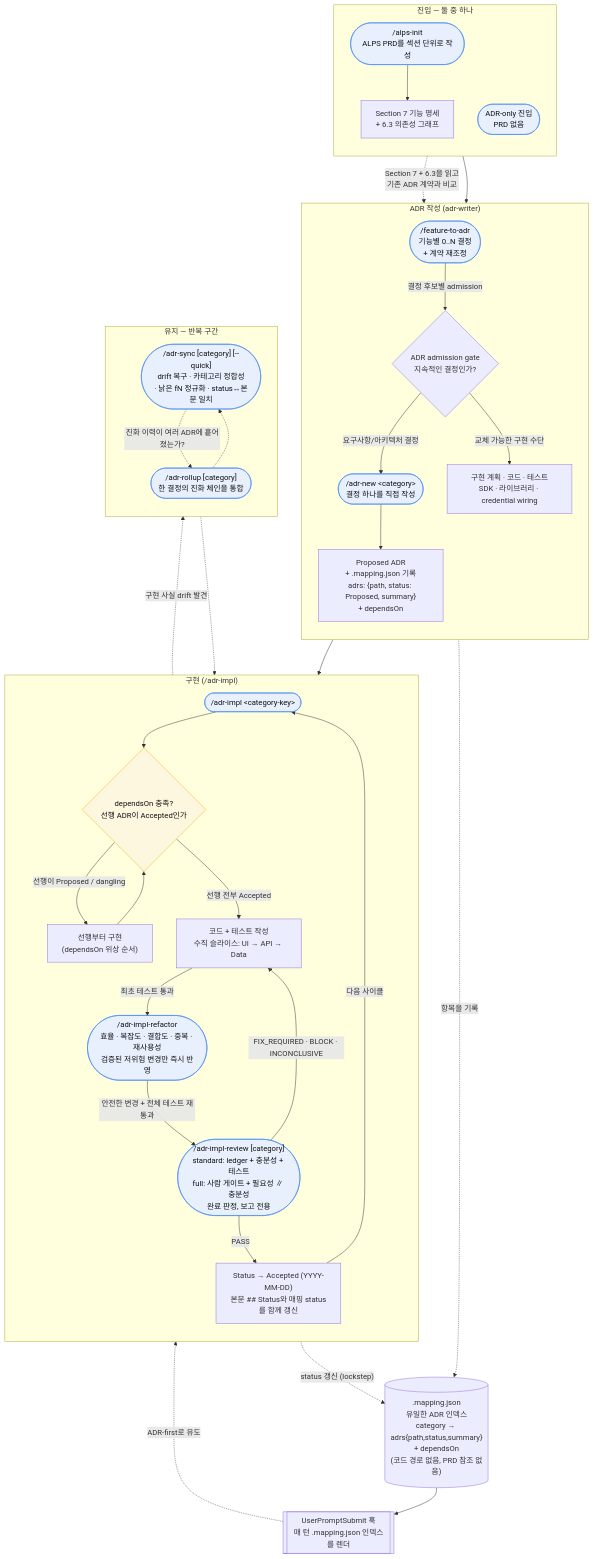
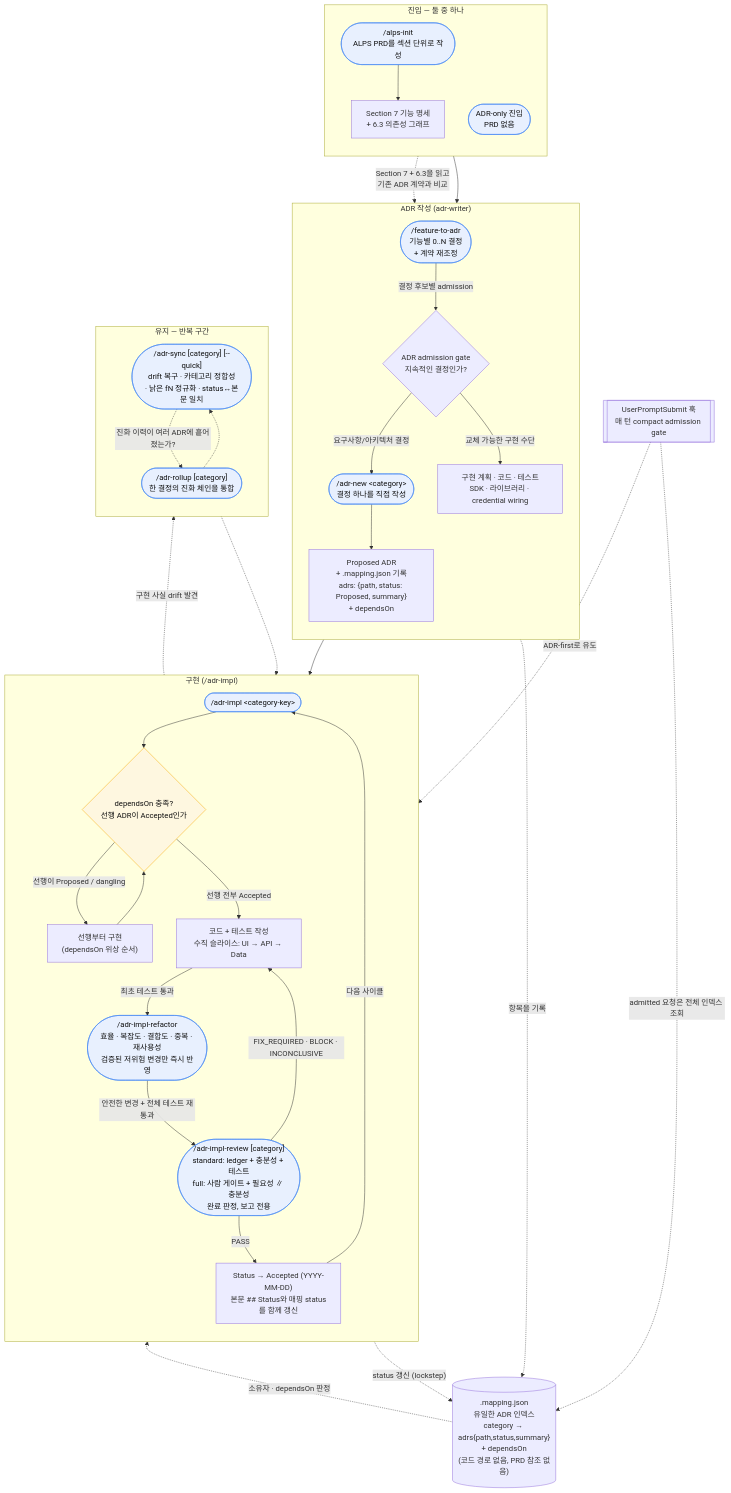
Before and after one commit to haandol/alps-writer-mcp: the first of 8 diagrams in docs/adr-process.md, drawn with Mermaid. The commit also changed other lines of this file and 23 other files, not shown here.

````diff
--- a/docs/adr-process.md
+++ b/docs/adr-process.md
@@ -29,70 +29,71 @@
 ```mermaid
 flowchart TD
     subgraph entry["진입 — 둘 중 하나"]
         direction TB
         AlpsInit(["/alps-init<br/>ALPS PRD를 섹션 단위로 작성"])
         S7["Section 7 기능 명세<br/>+ 6.3 의존성 그래프"]
         AlpsInit --> S7
         ADROnly(["ADR-only 진입<br/>PRD 없음"])
     end
 
     subgraph author["ADR 작성 (adr-writer)"]
         direction TB
         F2A(["/feature-to-adr<br/>기능별 0..N 결정<br/>+ 계약 재조정"])
         Admit{"ADR admission gate<br/>지속적인 결정인가?"}
         Detail["구현 계획 · 코드 · 테스트<br/>SDK · 라이브러리 · credential wiring"]
         New(["/adr-new &lt;category&gt;<br/>결정 하나를 직접 작성"])
         Proposed["Proposed ADR<br/>+ .mapping.json 기록<br/>adrs: {path, status: Proposed, summary}<br/>+ dependsOn"]
         F2A -->|"결정 후보별 admission"| Admit
         ADROnly --> Admit
         Admit -->|"요구사항/아키텍처 결정"| New
         Admit -->|"교체 가능한 구현 수단"| Detail
         New --> Proposed
     end
 
     subgraph impl["구현 (/adr-impl)"]
         direction TB
         Impl(["/adr-impl &lt;category-key&gt;"])
         Gate{"dependsOn 충족?<br/>선행 ADR이 Accepted인가"}
         Prereq["선행부터 구현<br/>(dependsOn 위상 순서)"]
         Code["코드 + 테스트 작성<br/>수직 슬라이스: UI → API → Data"]
         Refactor(["/adr-impl-refactor<br/>효율 · 복잡도 · 결합도 · 중복 · 재사용성<br/>검증된 저위험 변경만 즉시 반영"])
         Review(["/adr-impl-review [category]<br/>standard: ledger + 충분성 + 테스트<br/>full: 사람 게이트 + 필요성 ∥ 충분성<br/>완료 판정, 보고 전용"])
         Accepted["Status → Accepted (YYYY-MM-DD)<br/>본문 ## Status와 매핑 status를 함께 갱신"]
         Impl --> Gate
         Gate -->|"선행이 Proposed / dangling"| Prereq
         Prereq --> Gate
         Gate -->|"선행 전부 Accepted"| Code
         Code -->|"최초 테스트 통과"| Refactor
         Refactor -->|"안전한 변경 + 전체 테스트 재통과"| Review
         Review -->|PASS| Accepted
         Review -->|"FIX_REQUIRED · BLOCK · INCONCLUSIVE"| Code
     end
 
     subgraph maint["유지 — 반복 구간"]
         direction TB
         Sync(["/adr-sync [category] [--quick]<br/>drift 복구 · 카테고리 정합성<br/>· 낡은 fN 정규화 · status↔본문 일치"])
         Rollup(["/adr-rollup [category]<br/>한 결정의 진화 체인을 통합"])
     end
 
     Mapping[(".mapping.json<br/>유일한 ADR 인덱스<br/>category → adrs{path,status,summary}<br/>+ dependsOn<br/>(코드 경로 없음, PRD 참조 없음)")]
-    Hook[["UserPromptSubmit 훅<br/>매 턴 .mapping.json 인덱스를 렌더"]]
+    Hook[["UserPromptSubmit 훅<br/>매 턴 compact admission gate"]]
 
     S7 -.->|"Section 7 + 6.3을 읽고<br/>기존 ADR 계약과 비교"| F2A
     Proposed --> Impl
     Review -.->|"구현 사실 drift 발견"| Sync
     Sync -.-> Review
     Accepted -->|"다음 사이클"| Impl
     Sync -.->|"진화 이력이 여러 ADR에 흩어졌는가?"| Rollup
     Rollup -.-> Sync
 
     Proposed -.->|"항목을 기록"| Mapping
     Accepted -.->|"status 갱신 (lockstep)"| Mapping
-    Mapping --> Hook
+    Hook -.->|"admitted 요청은 전체 인덱스 조회"| Mapping
+    Mapping -.->|"소유자 · dependsOn 판정"| Impl
     Hook -.->|"ADR-first로 유도"| Impl
 
     classDef cmd fill:#e8f0fe,stroke:#4285f4,color:#111;
     classDef gate fill:#fef7e0,stroke:#f9ab00,color:#111;
     class AlpsInit,F2A,New,Impl,Refactor,Review,Sync,Rollup,ADROnly cmd;
     class Gate gate;
 ```
````
